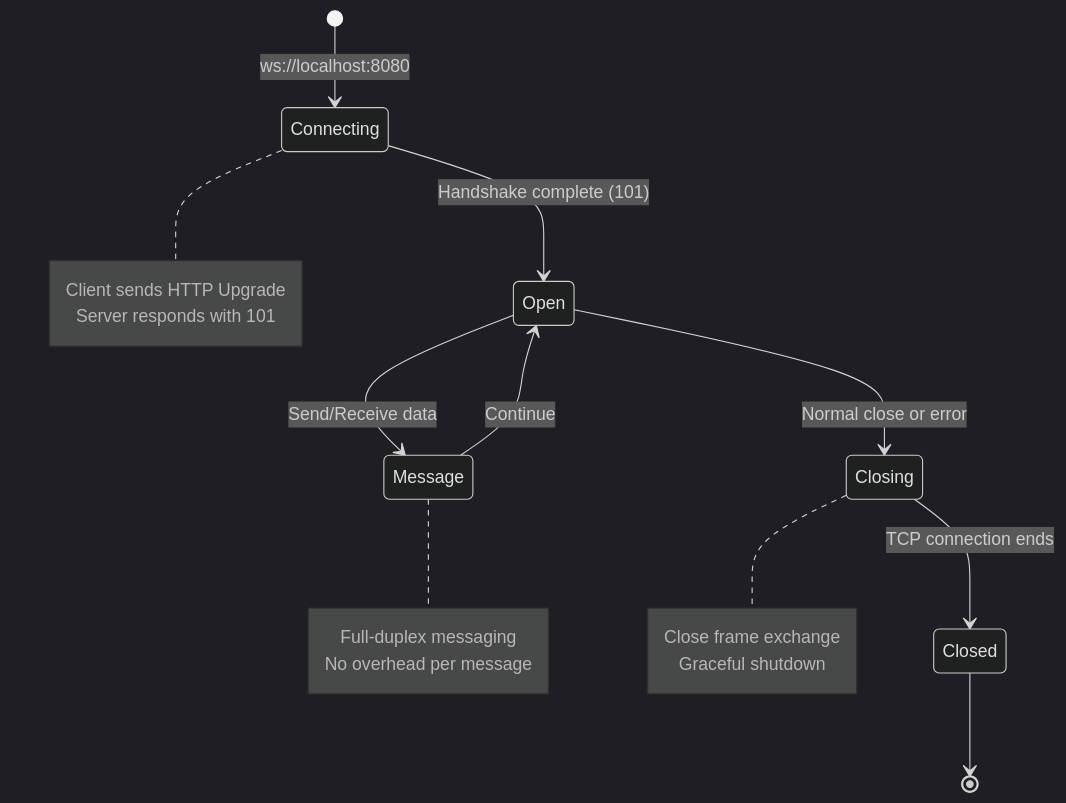
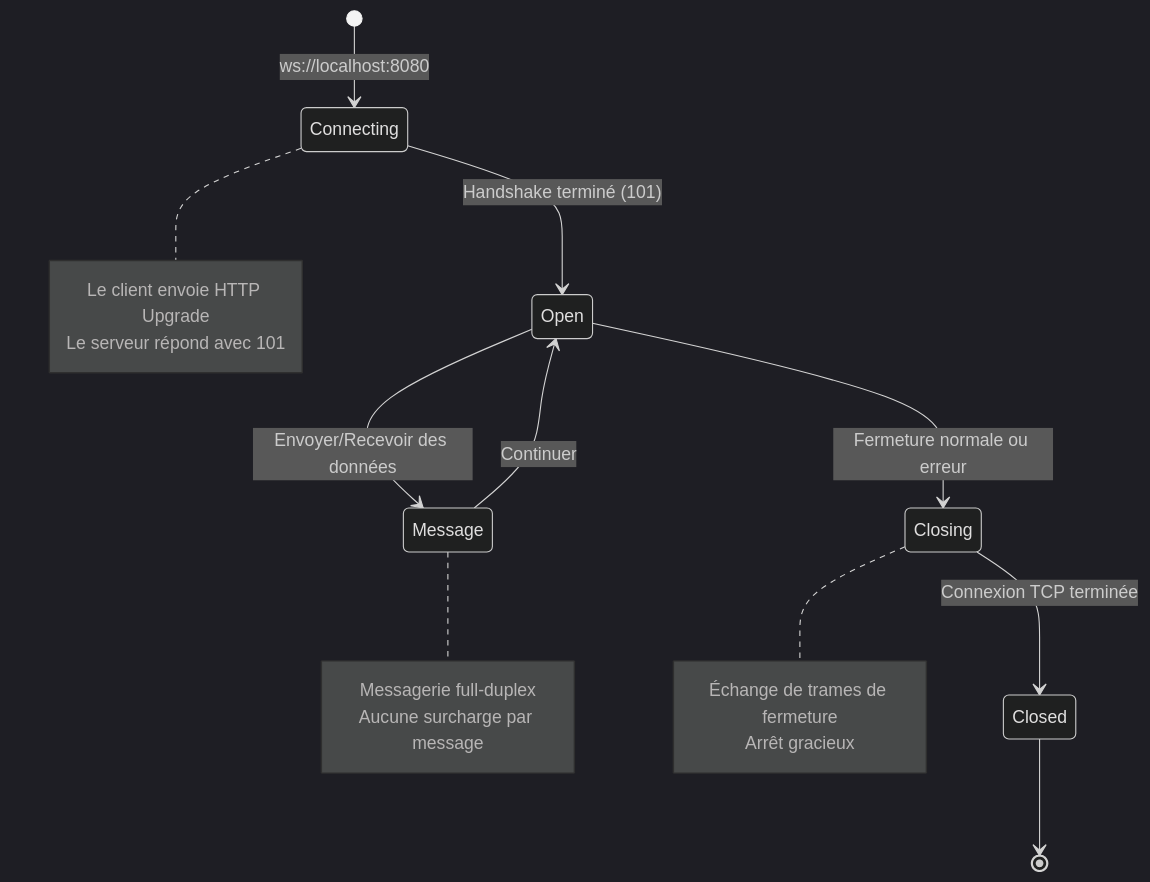
One commit to dardourimohamed/distributed-systems-course changed the third of 3 diagrams in src/real-time/08-websockets.md. Above: the diagram before and after it, drawn with Mermaid (dark theme). The commit also changed other lines of this file and 38 other files, not shown here.

````diff
--- a/src/real-time/08-websockets.md
+++ b/src/real-time/08-websockets.md
@@ -117,25 +117,25 @@
 ```mermaid
 stateDiagram-v2
     [*] --> Connecting: ws://localhost:8080
-    Connecting --> Open: Handshake complete (101)
-    Open --> Message: Send/Receive data
-    Message --> Open: Continue
-    Open --> Closing: Normal close or error
-    Closing --> Closed: TCP connection ends
+    Connecting --> Open: Handshake terminé (101)
+    Open --> Message: Envoyer/Recevoir des données
+    Message --> Open: Continuer
+    Open --> Closing: Fermeture normale ou erreur
+    Closing --> Closed: Connexion TCP terminée
     Closed --> [*]
 
     note right of Connecting
-        Client sends HTTP Upgrade
-        Server responds with 101
+        Le client envoie HTTP Upgrade
+        Le serveur répond avec 101
     end note
 
     note right of Message
-        Full-duplex messaging
-        No overhead per message
+        Messagerie full-duplex
+        Aucune surcharge par message
     end note
 
     note right of Closing
-        Close frame exchange
-        Graceful shutdown
+        Échange de trames de fermeture
+        Arrêt gracieux
     end note
 ```
````
